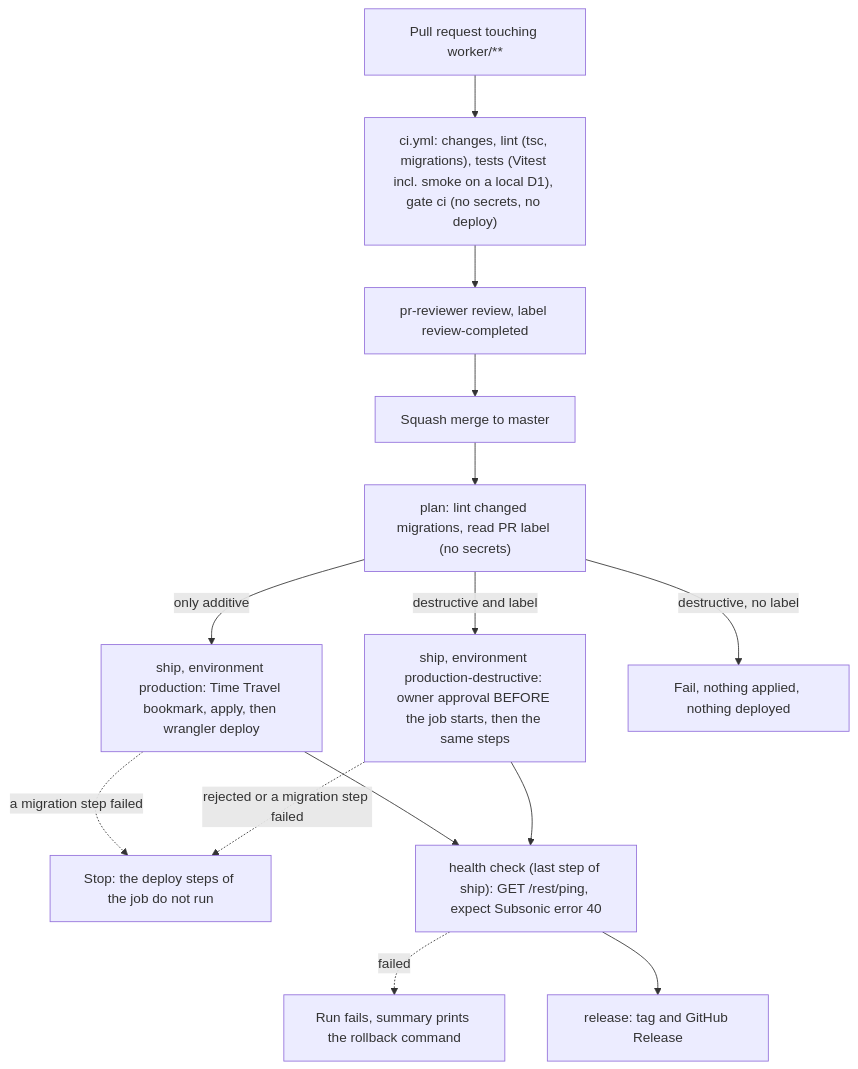
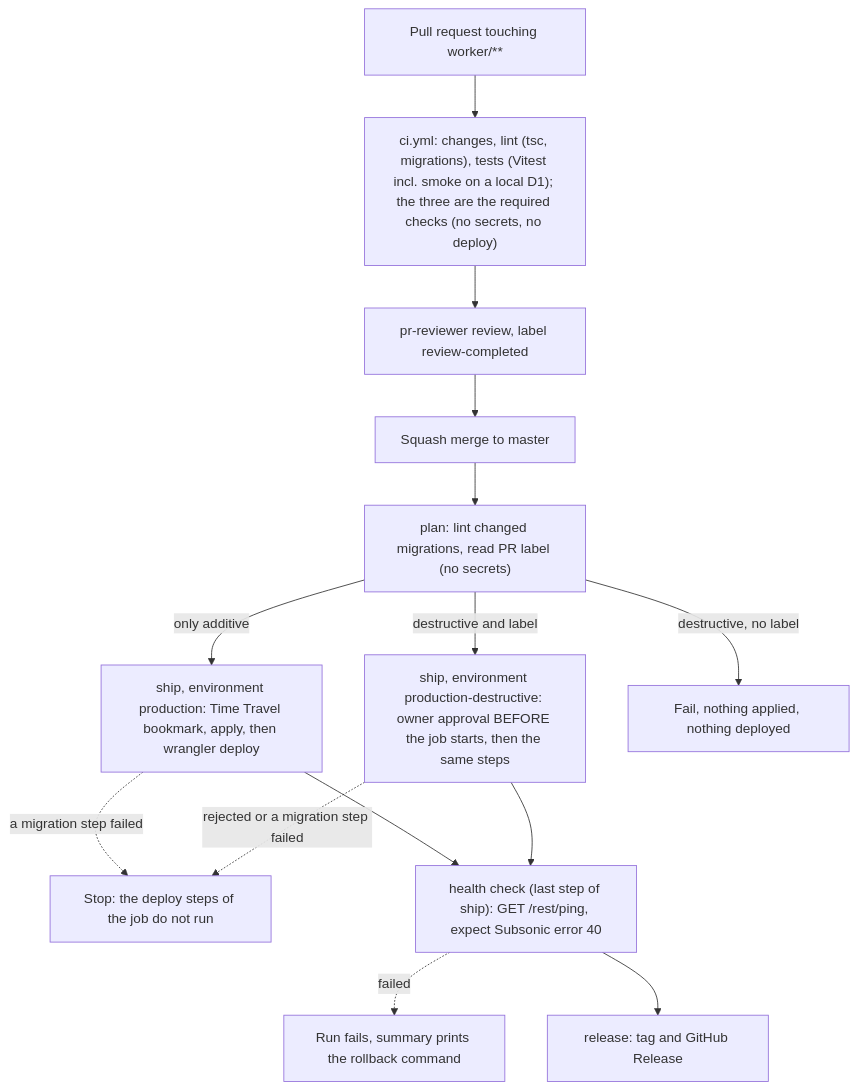
One commit to kolenkainc/cowlic changed the diagram in docs/worker-cicd.md. Above: the diagram before and after it, drawn with Mermaid. The commit also changed other lines of this file and 7 other files, not shown here.

````diff
--- a/docs/worker-cicd.md
+++ b/docs/worker-cicd.md
@@ -24,16 +24,16 @@
 ```mermaid
 flowchart TD
-  PR[Pull request touching worker/**] --> CI["ci.yml: changes, lint (tsc, migrations), tests (Vitest incl. smoke on a local D1), gate ci (no secrets, no deploy)"]
+  PR[Pull request touching worker/**] --> CI["ci.yml: changes, lint (tsc, migrations), tests (Vitest incl. smoke on a local D1); the three are the required checks (no secrets, no deploy)"]
   CI --> REV[pr-reviewer review, label review-completed]
   REV --> MERGE[Squash merge to master]
   MERGE --> PLAN["plan: lint changed migrations, read PR label (no secrets)"]
   PLAN -->|only additive| SHIP["ship, environment production: Time Travel bookmark, apply, then wrangler deploy"]
   PLAN -->|destructive and label| SHIPD["ship, environment production-destructive: owner approval BEFORE the job starts, then the same steps"]
   PLAN -->|destructive, no label| FAIL1[Fail, nothing applied, nothing deployed]
   SHIP -. a migration step failed .-> STOP[Stop: the deploy steps of the job do not run]
   SHIPD -. rejected or a migration step failed .-> STOP
   SHIP --> HC["health check (last step of ship): GET /rest/ping, expect Subsonic error 40"]
   SHIPD --> HC
   HC -. failed .-> RB[Run fails, summary prints the rollback command]
   HC --> REL[release: tag and GitHub Release]
 ```
````
